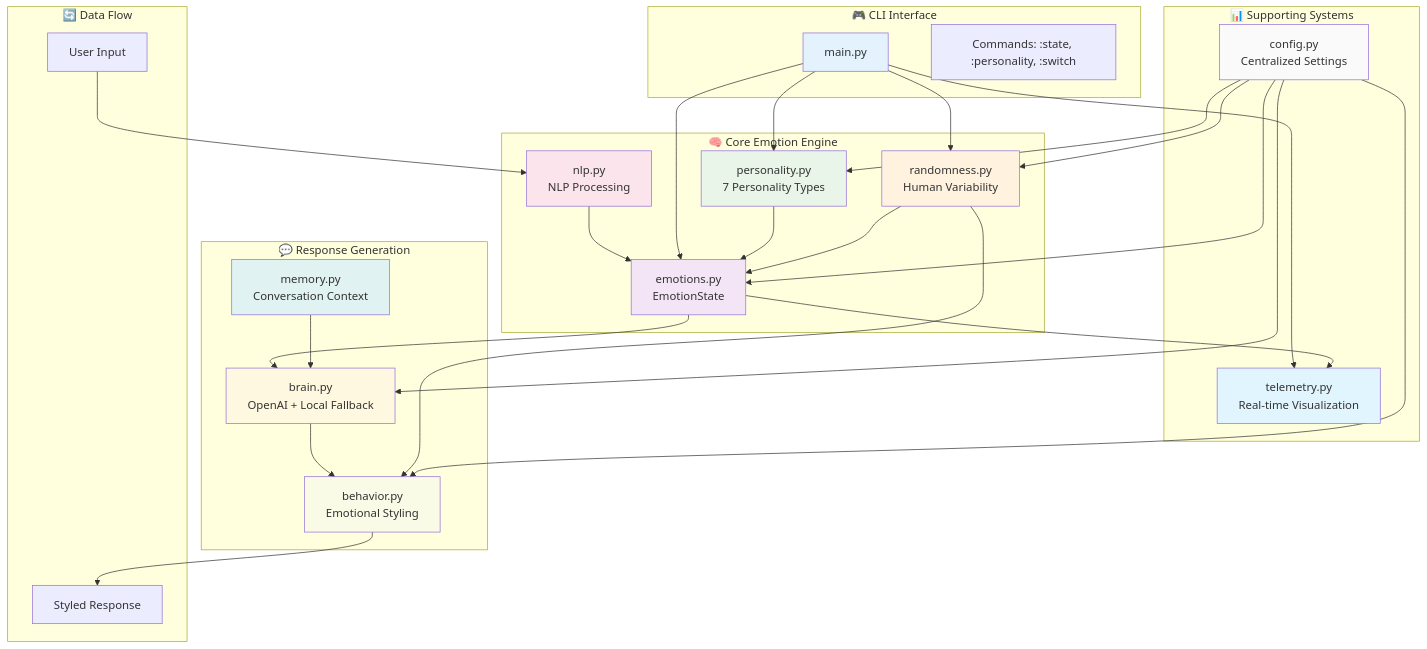
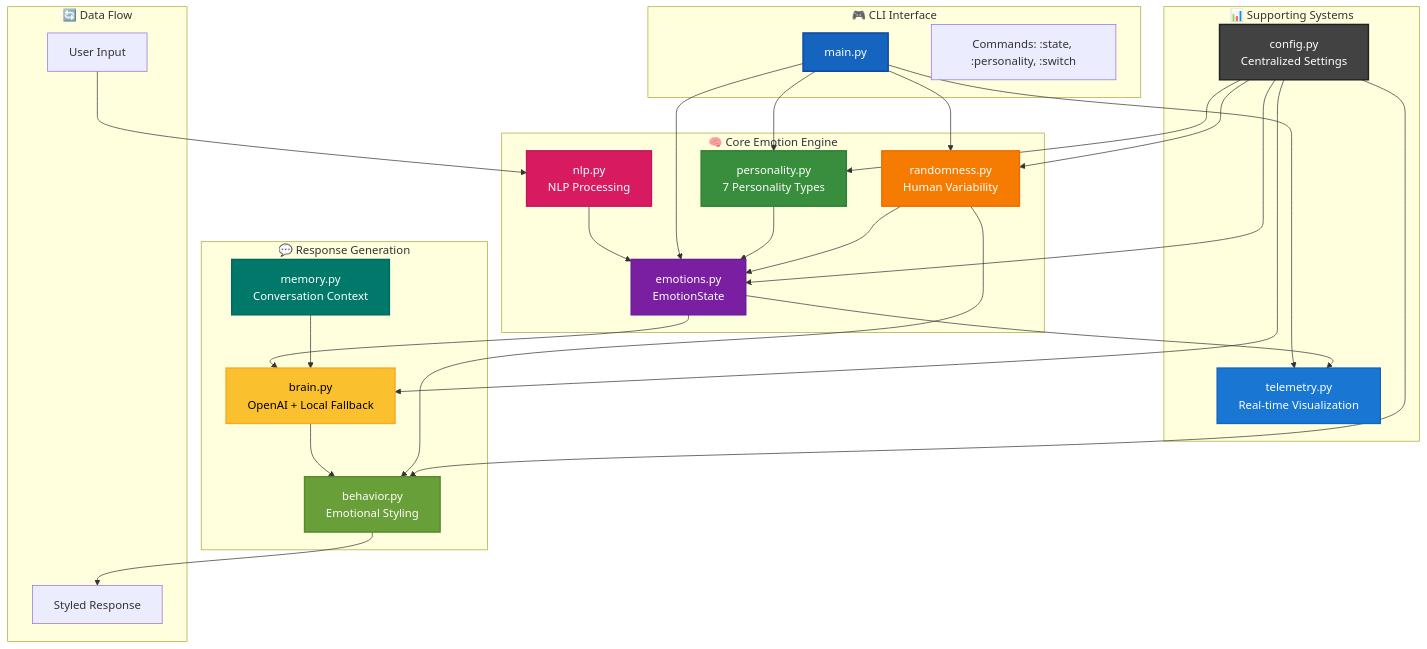
One commit to dimitarbez/emotion-bot changed the second of 3 diagrams in README.md. Above: the diagram before and after it, drawn with Mermaid. The commit also changed other lines of this file, not shown here.

Commit message:
style: update diagram colors for improved visibility and consistency

````diff
--- a/README.md
+++ b/README.md
@@ -144,59 +144,59 @@
 ```mermaid
 graph TB
     subgraph "🎮 CLI Interface"
         CLI[main.py]
         CMD[Commands: :state, :personality, :switch]
     end
 
     subgraph "🧠 Core Emotion Engine"
         ES[emotions.py<br/>EmotionState]
         NLP[nlp.py<br/>NLP Processing]
         PERS[personality.py<br/>7 Personality Types]
         RAND[randomness.py<br/>Human Variability]
     end
 
     subgraph "💬 Response Generation"
         BRAIN[brain.py<br/>OpenAI + Local Fallback]
         MEM[memory.py<br/>Conversation Context]
         BEH[behavior.py<br/>Emotional Styling]
     end
 
     subgraph "📊 Supporting Systems"
         CFG[config.py<br/>Centralized Settings]
         TEL[telemetry.py<br/>Real-time Visualization]
     end
 
     subgraph "🔄 Data Flow"
         INPUT[User Input] --> NLP
         NLP --> ES
         ES --> BRAIN
         MEM --> BRAIN
         BRAIN --> BEH
         BEH --> OUTPUT[Styled Response]
     end
 
     CLI --> ES
     CLI --> PERS
     CLI --> RAND
     CLI --> TEL
     ES --> TEL
     PERS --> ES
     RAND --> ES
     RAND --> BEH
     CFG --> ES
     CFG --> BRAIN
     CFG --> BEH
     CFG --> PERS
     CFG --> RAND
 
-    style CLI fill:#e3f2fd
-    style ES fill:#f3e5f5
-    style NLP fill:#fce4ec
-    style PERS fill:#e8f5e8
-    style RAND fill:#fff3e0
-    style BRAIN fill:#fff8e1
-    style MEM fill:#e0f2f1
-    style BEH fill:#f9fbe7
-    style CFG fill:#fafafa
-    style TEL fill:#e1f5fe
+    style CLI fill:#1565c0,stroke:#0d47a1,stroke-width:2px,color:#ffffff
+    style ES fill:#7b1fa2,stroke:#6a1b9a,stroke-width:2px,color:#ffffff
+    style NLP fill:#d81b60,stroke:#c2185b,stroke-width:2px,color:#ffffff
+    style PERS fill:#388e3c,stroke:#2e7d32,stroke-width:2px,color:#ffffff
+    style RAND fill:#f57c00,stroke:#ef6c00,stroke-width:2px,color:#ffffff
+    style BRAIN fill:#fbc02d,stroke:#f9a825,stroke-width:2px,color:#000000
+    style MEM fill:#00796b,stroke:#00695c,stroke-width:2px,color:#ffffff
+    style BEH fill:#689f38,stroke:#558b2f,stroke-width:2px,color:#ffffff
+    style CFG fill:#424242,stroke:#212121,stroke-width:2px,color:#ffffff
+    style TEL fill:#1976d2,stroke:#1565c0,stroke-width:2px,color:#ffffff
 ```
````
